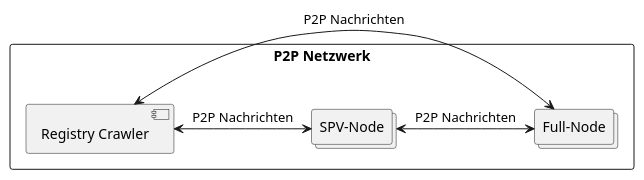
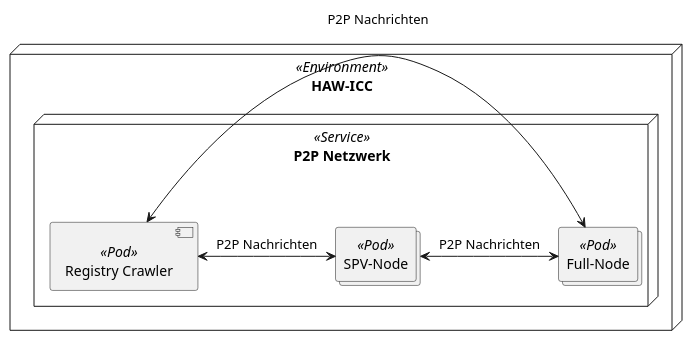
Before and after one commit to bjoern621/VSP-Blockchain: the diagram in docs/arc42/arc42-MinerNetwork/images/verteilungssicht_ebene_2_p2p_network.plantuml, drawn with PlantUML. The commit also changed 4 other files, not shown here.

```diff
--- a/docs/arc42/arc42-MinerNetwork/images/verteilungssicht_ebene_2_p2p_network.plantuml
+++ b/docs/arc42/arc42-MinerNetwork/images/verteilungssicht_ebene_2_p2p_network.plantuml
@@ -1,14 +1,16 @@
 @startuml
-rectangle "P2P Netzwerk" as p2p_network {
-    collections "SPV-Node" as spv
-    component "Registry Crawler" as crawler
+node HAW-ICC <<Environment>> {
+    node "P2P Netzwerk" as p2p_network <<Service>> {
+        component "Registry Crawler" as crawler <<Pod>>
     
-    collections "Full-Node" as full_node
+        collections "SPV-Node" as spv <<Pod>>
+        collections "Full-Node" as full_node <<Pod>>
+    }
+
 }
 
 crawler <-> spv :"P2P Nachrichten"
 crawler <-> full_node :"P2P Nachrichten"
 spv <-> full_node :"P2P Nachrichten"
 
-
 @enduml
```
